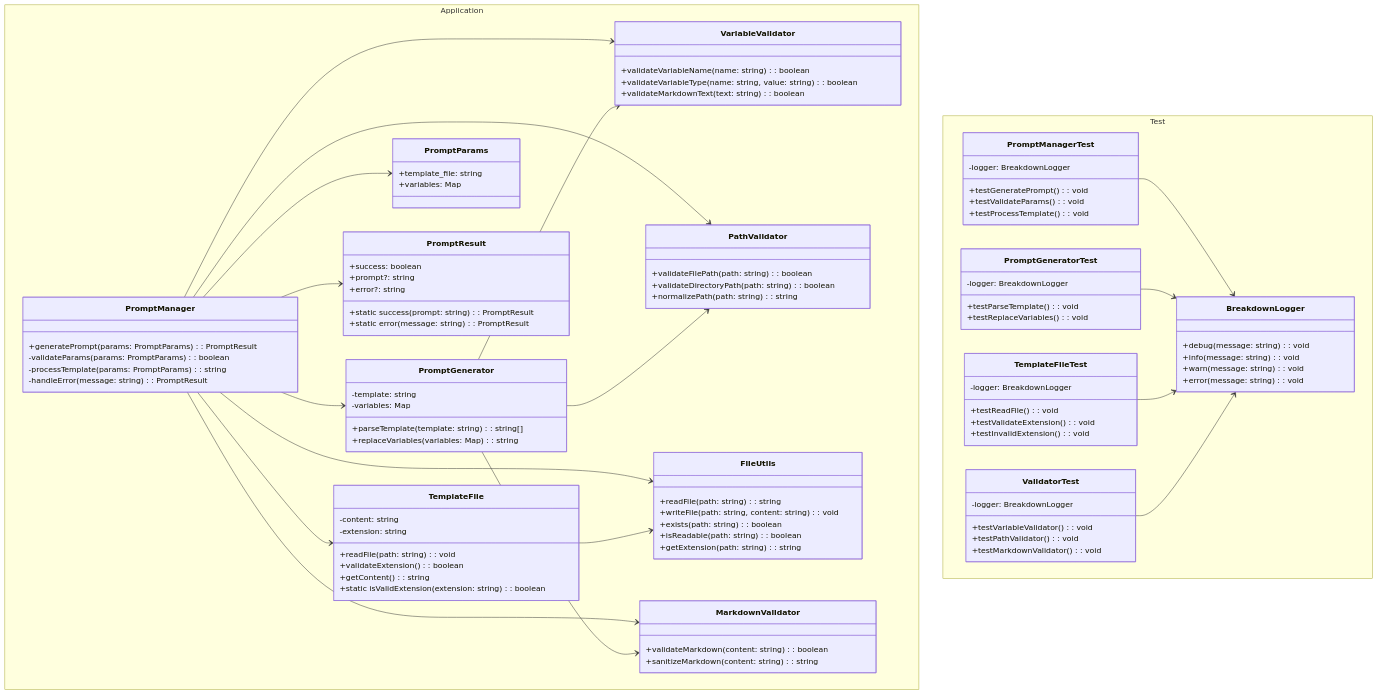
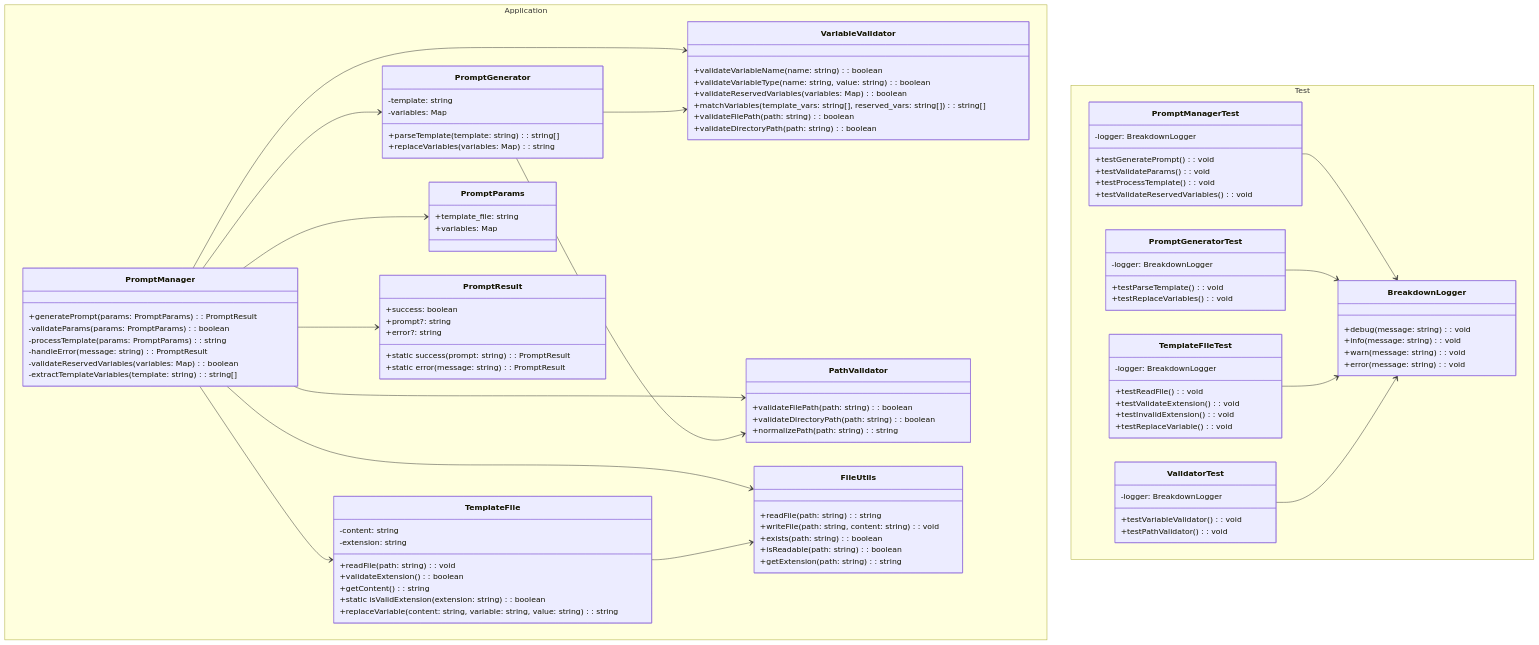
Before and after one commit to tettuan/breakdownprompt: the diagram in docs/uml/class.md, drawn with Mermaid. The commit also changed 11 other files, not shown here.

Commit message:
docs: update UML diagrams to reflect unified variable concepts and validation responsibilities

```diff
--- a/docs/uml/class.md
+++ b/docs/uml/class.md
@@ -6,6 +6,8 @@
             -validateParams(params: PromptParams): boolean
             -processTemplate(params: PromptParams): string
             -handleError(message: string): PromptResult
+            -validateReservedVariables(variables: Map<string, string>): boolean
+            -extractTemplateVariables(template: string): string[]
         }
 
         class PromptGenerator {
@@ -22,12 +24,16 @@
             +validateExtension(): boolean
             +getContent(): string
             +static isValidExtension(extension: string): boolean
+            +replaceVariable(content: string, variable: string, value: string): string
         }
 
         class VariableValidator {
             +validateVariableName(name: string): boolean
             +validateVariableType(name: string, value: string): boolean
-            +validateMarkdownText(text: string): boolean
+            +validateReservedVariables(variables: Map<string, string>): boolean
+            +matchVariables(template_vars: string[], reserved_vars: string[]): string[]
+            +validateFilePath(path: string): boolean
+            +validateDirectoryPath(path: string): boolean
         }
 
         class PathValidator {
@@ -42,11 +48,6 @@
             +exists(path: string): boolean
             +isReadable(path: string): boolean
             +getExtension(path: string): string
-        }
-
-        class MarkdownValidator {
-            +validateMarkdown(content: string): boolean
-            +sanitizeMarkdown(content: string): string
         }
 
         class PromptParams {
@@ -76,6 +77,7 @@
             +testGeneratePrompt(): void
             +testValidateParams(): void
             +testProcessTemplate(): void
+            +testValidateReservedVariables(): void
         }
 
         class PromptGeneratorTest {
@@ -89,13 +91,13 @@
             +testReadFile(): void
             +testValidateExtension(): void
             +testInvalidExtension(): void
+            +testReplaceVariable(): void
         }
 
         class ValidatorTest {
             -logger: BreakdownLogger
             +testVariableValidator(): void
             +testPathValidator(): void
-            +testMarkdownValidator(): void
         }
     }
 
@@ -104,13 +106,11 @@
     PromptManager --> VariableValidator
     PromptManager --> PathValidator
     PromptManager --> FileUtils
-    PromptManager --> MarkdownValidator
     PromptManager --> PromptParams
     PromptManager --> PromptResult
 
     PromptGenerator --> VariableValidator
     PromptGenerator --> PathValidator
-    PromptGenerator --> MarkdownValidator
 
     TemplateFile --> FileUtils
 
```
